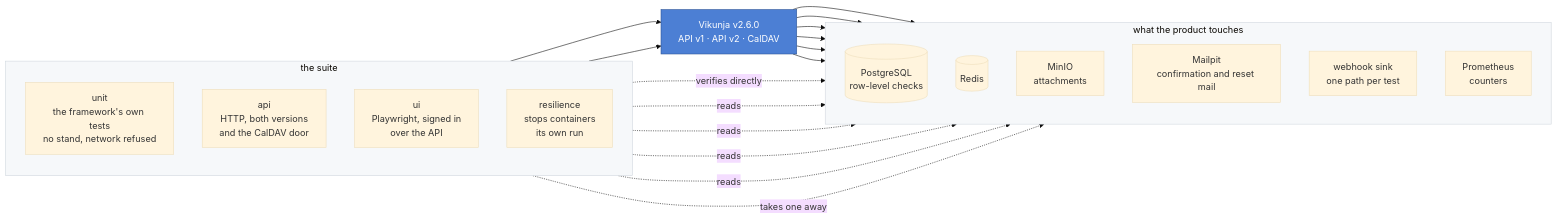
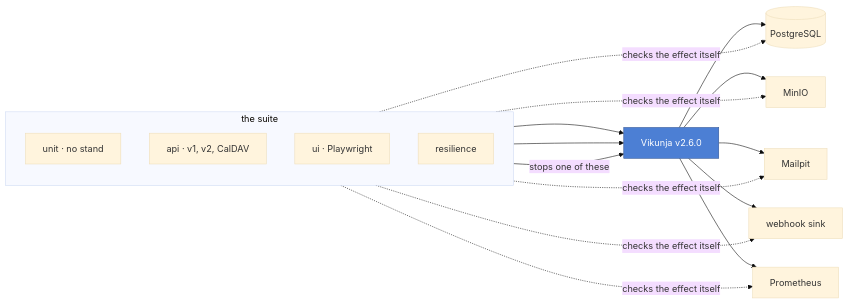
Before and after one commit to petprojectsaqa/qa-framework-vikunja: the diagram in README.md, drawn with Mermaid (base theme). The commit also changed 1 other file, not shown here.

Commit message:
Make the diagram fit the box GitHub gives it
Rendered on the repository page it was clipped: a reader saw two nodes and
half a database. Fewer nodes, one line each, and the same story.

````diff
--- a/README.md
+++ b/README.md
@@ -76,41 +76,25 @@
 ```mermaid
 flowchart LR
-    subgraph suite["the suite"]
+    subgraph S["the suite"]
         direction TB
-        U["unit<br/>the framework's own tests<br/>no stand, network refused"]
-        A["api<br/>HTTP, both versions<br/>and the CalDAV door"]
-        B["ui<br/>Playwright, signed in<br/>over the API"]
-        R["resilience<br/>stops containers<br/>its own run"]
+        U["unit · no stand"]
+        A["api · v1, v2, CalDAV"]
+        B["ui · Playwright"]
+        R["resilience"]
     end
 
-    V["Vikunja v2.6.0<br/>API v1 · API v2 · CalDAV"]
-
-    subgraph around["what the product touches"]
-        direction TB
-        PG[("PostgreSQL<br/>row-level checks")]
-        RD[("Redis")]
-        S3["MinIO<br/>attachments"]
-        MAIL["Mailpit<br/>confirmation and reset mail"]
-        HOOK["webhook sink<br/>one path per test"]
-        PROM["Prometheus<br/>counters"]
-    end
+    V["Vikunja v2.6.0"]
+    PG[("PostgreSQL")]
+    S3["MinIO"]
+    MAIL["Mailpit"]
+    HOOK["webhook sink"]
+    PROM["Prometheus"]
 
     A --> V
     B --> V
-    R -. "takes one away" .-> around
-    V --> PG
-    V --> RD
-    V --> S3
-    V --> MAIL
-    V --> HOOK
-    V --> PROM
-    A -. "verifies directly" .-> PG
-    A -. "reads" .-> MAIL
-    A -. "reads" .-> HOOK
-    A -. "reads" .-> S3
-    A -. "reads" .-> PROM
+    R -->|"stops one of these"| V
+    V --> PG & S3 & MAIL & HOOK & PROM
+    A -.->|"checks the effect itself"| PG & S3 & MAIL & HOOK & PROM
 
     style V fill:#4c7fd4,stroke:#2f5596,color:#fff
-    style suite fill:#f6f8fa,stroke:#d0d7de
-    style around fill:#f6f8fa,stroke:#d0d7de
 ```
````
